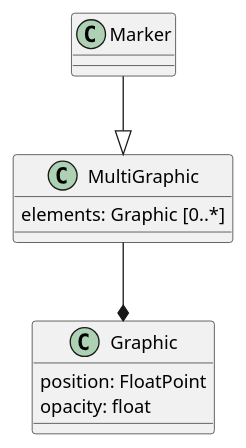
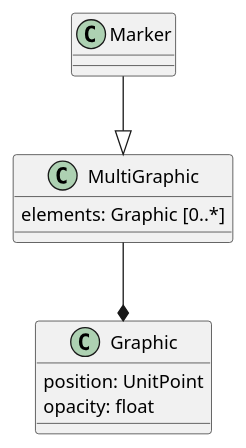
One commit to opengeospatial/styles-and-symbology changed the seventh of 10 diagrams in core/sections/clause_8_vector.adoc. Above: the diagram before and after it, drawn with PlantUML. The commit also changed other lines of this file and 5 other files, not shown here.

```diff
--- a/core/sections/clause_8_vector.adoc
+++ b/core/sections/clause_8_vector.adoc
@@ -195,10 +195,10 @@
 [plantuml, target=diagram-classes, format=png]
 ....
 Marker --|> MultiGraphic
 
 MultiGraphic : elements: Graphic [0..*]
 MultiGraphic --* Graphic
 
-Graphic : position: FloatPoint
+Graphic : position: UnitPoint
 Graphic : opacity: float
 ....
```
